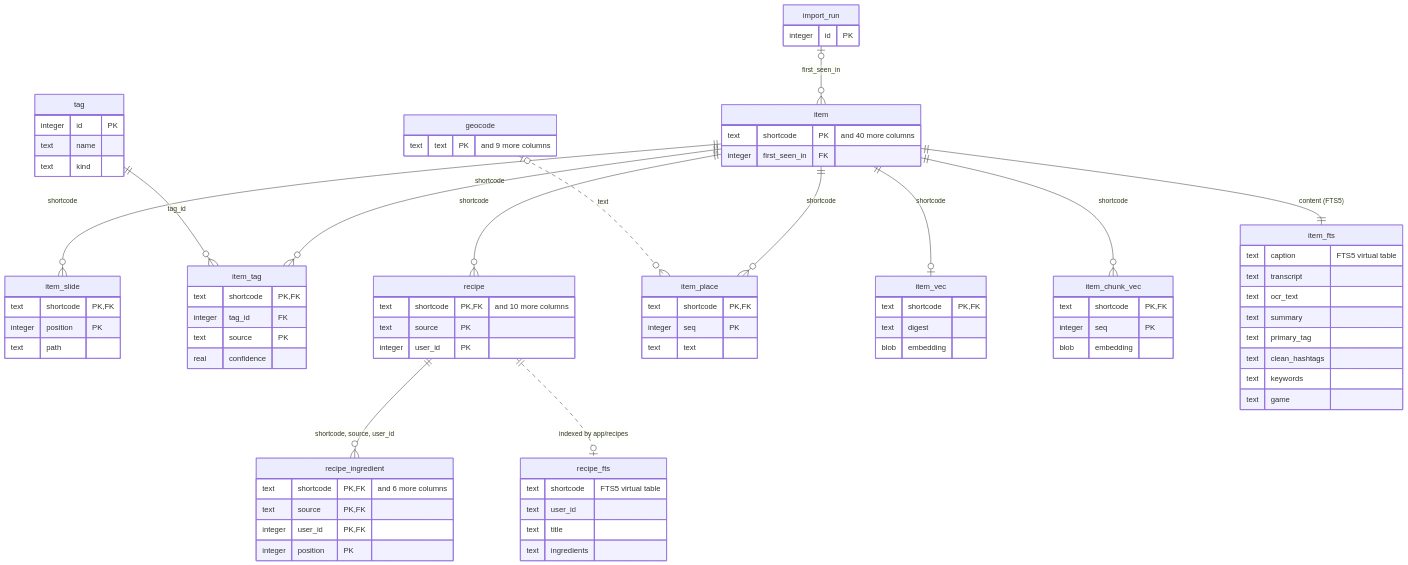
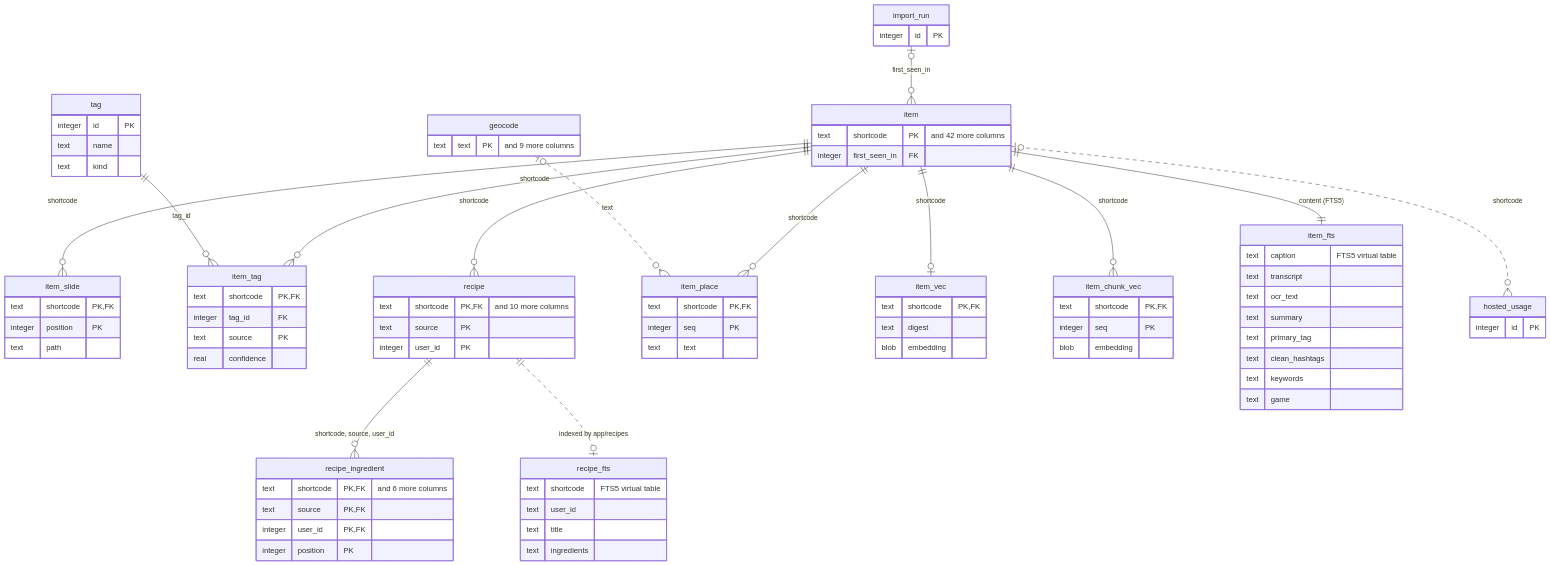
Before and after one commit to spanthetree/hikidashi: the sixth of 10 diagrams in docs/architecture.md, drawn with Mermaid. The commit also changed other lines of this file and 14 other files, not shown here.

````diff
--- a/docs/architecture.md
+++ b/docs/architecture.md
@@ -210,7 +210,7 @@
 ```mermaid
 erDiagram
   item {
-    text shortcode PK "and 40 more columns"
+    text shortcode PK "and 42 more columns"
     integer first_seen_in FK
   }
   item_slide {
@@ -277,6 +277,9 @@
   import_run {
     integer id PK
   }
+  hosted_usage {
+    integer id PK
+  }
   import_run |o--o{ item : "first_seen_in"
   item ||--o{ item_slide : "shortcode"
   item ||--o{ item_tag : "shortcode"
@@ -289,4 +292,5 @@
   item ||--|| item_fts : "content (FTS5)"
   recipe ||..o| recipe_fts : "indexed by app/recipes"
   geocode |o..o{ item_place : "text"
+  item |o..o{ hosted_usage : "shortcode"
 ```
````
